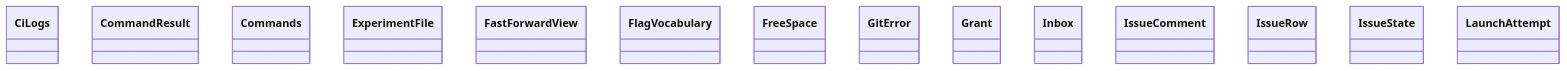
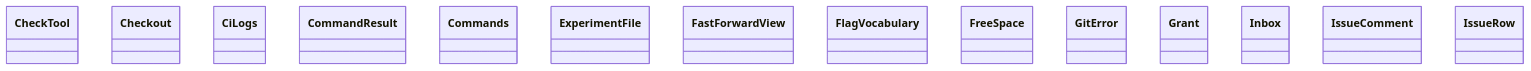
One commit to GonzaloZevallos/agentic-system changed the diagram in docs/architecture/generated/classes-process-application-support-2.md. Above: the diagram before and after it, drawn with Mermaid. The commit also changed other lines of this file and 23 other files, not shown here.

````diff
--- a/docs/architecture/generated/classes-process-application-support-2.md
+++ b/docs/architecture/generated/classes-process-application-support-2.md
@@ -16,17 +16,17 @@
 ```mermaid
 classDiagram
+    class ports__CheckTool["CheckTool"]
+    class ports__Checkout["Checkout"]
     class ports__CiLogs["CiLogs"]
     class ports__CommandResult["CommandResult"]
     class ports__Commands["Commands"]
     class ports__ExperimentFile["ExperimentFile"]
     class ports__FastForwardView["FastForwardView"]
     class ports__FlagVocabulary["FlagVocabulary"]
     class ports__FreeSpace["FreeSpace"]
     class ports__GitError["GitError"]
     class ports__Grant["Grant"]
     class ports__Inbox["Inbox"]
     class ports__IssueComment["IssueComment"]
     class ports__IssueRow["IssueRow"]
-    class ports__IssueState["IssueState"]
-    class ports__LaunchAttempt["LaunchAttempt"]
 ```
````
